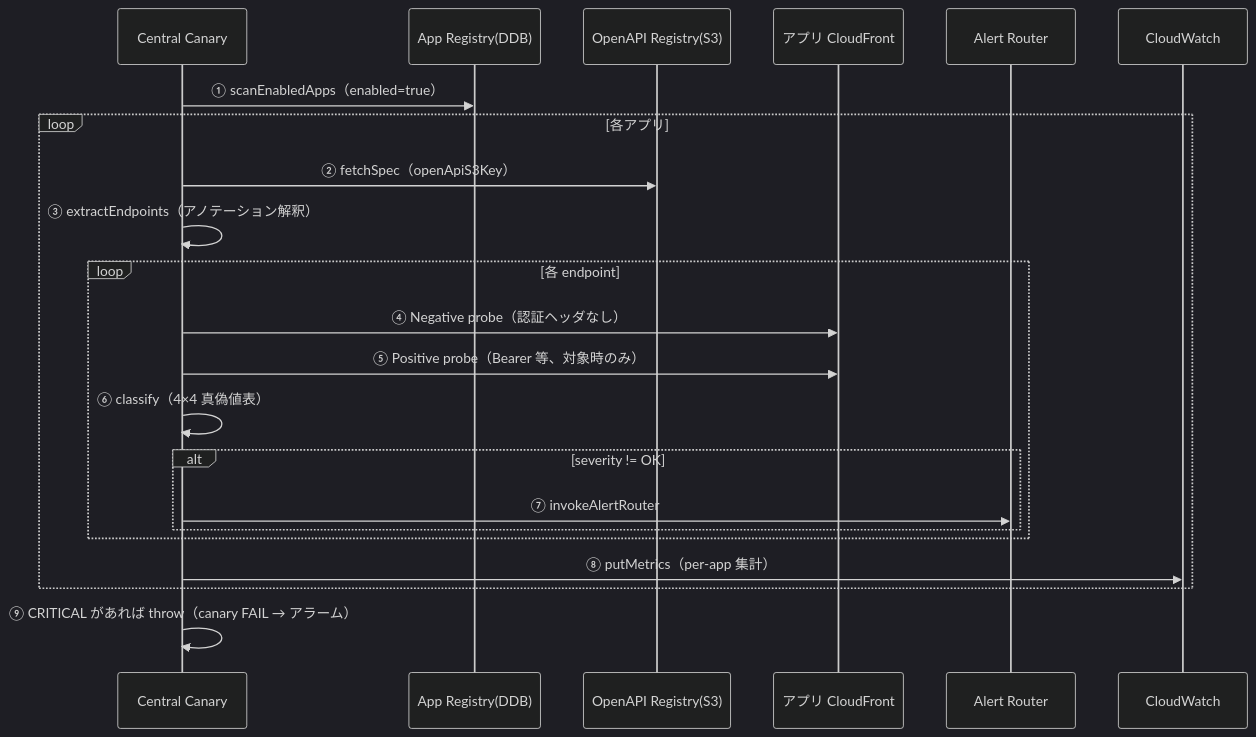
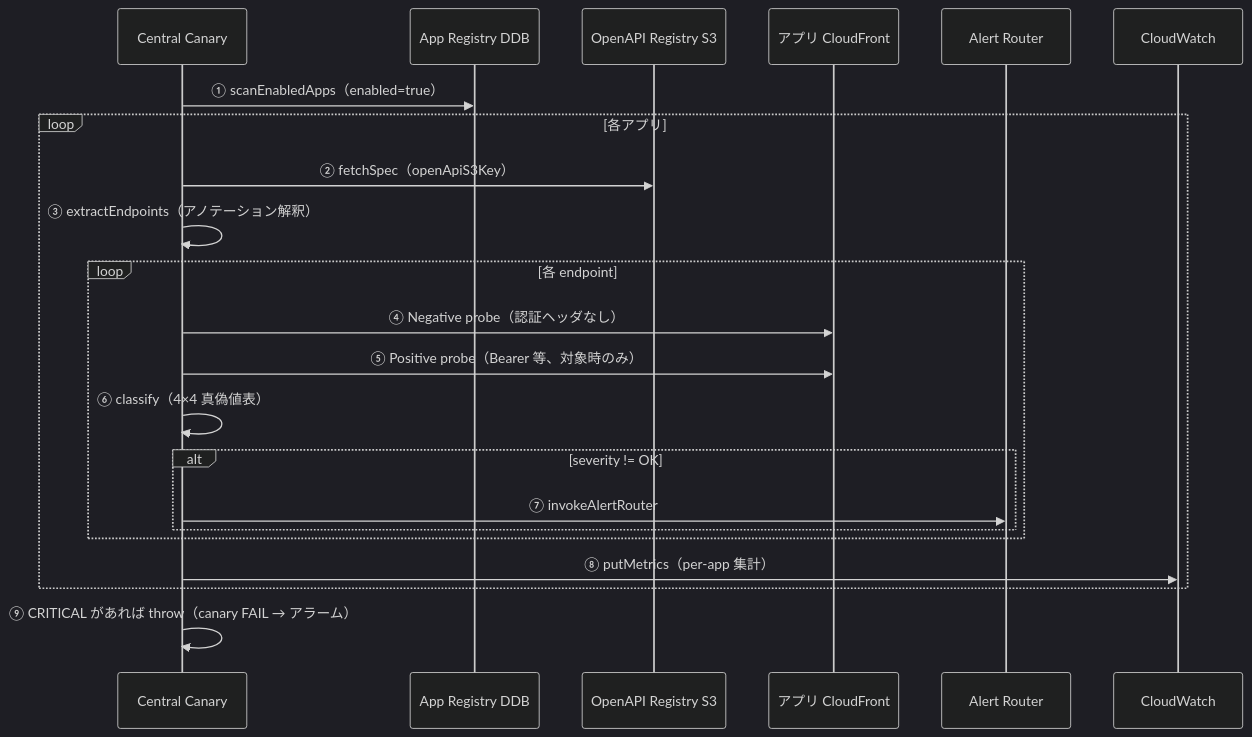
Before and after one commit to suepie/aws-atuh-poc: the diagram in doc/api-platform/basic-design/11-central-canary-architecture.md, drawn with Mermaid (dark theme). The commit also changed other lines of this file and 22 other files, not shown here.

````diff
--- a/doc/api-platform/basic-design/11-central-canary-architecture.md
+++ b/doc/api-platform/basic-design/11-central-canary-architecture.md
@@ -21,25 +21,25 @@
 ```mermaid
 sequenceDiagram
     participant CC as Central Canary
-    participant Reg as App Registry(DDB)
-    participant OAR as OpenAPI Registry(S3)
+    participant Reg as App Registry DDB
+    participant OAR as OpenAPI Registry S3
     participant CF as アプリ CloudFront
     participant AR as Alert Router
     participant CW as CloudWatch
 
     CC->>Reg: ① scanEnabledApps（enabled=true）
     loop 各アプリ
         CC->>OAR: ② fetchSpec（openApiS3Key）
         CC->>CC: ③ extractEndpoints（アノテーション解釈）
         loop 各 endpoint
             CC->>CF: ④ Negative probe（認証ヘッダなし）
             CC->>CF: ⑤ Positive probe（Bearer 等、対象時のみ）
             CC->>CC: ⑥ classify（4×4 真偽値表）
             alt severity != OK
                 CC->>AR: ⑦ invokeAlertRouter
             end
         end
         CC->>CW: ⑧ putMetrics（per-app 集計）
     end
     CC->>CC: ⑨ CRITICAL があれば throw（canary FAIL → アラーム）
 ```
````
